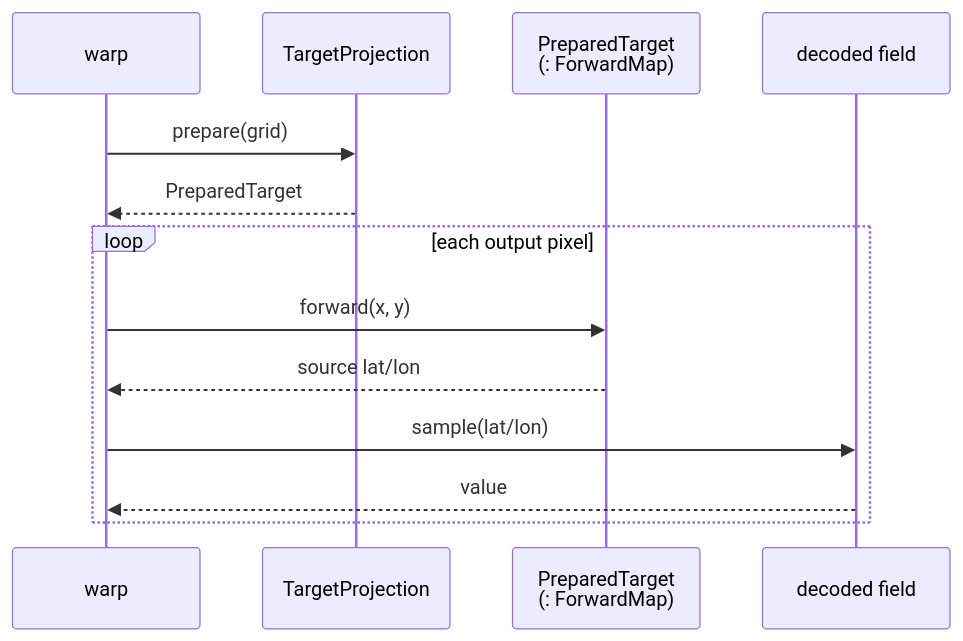
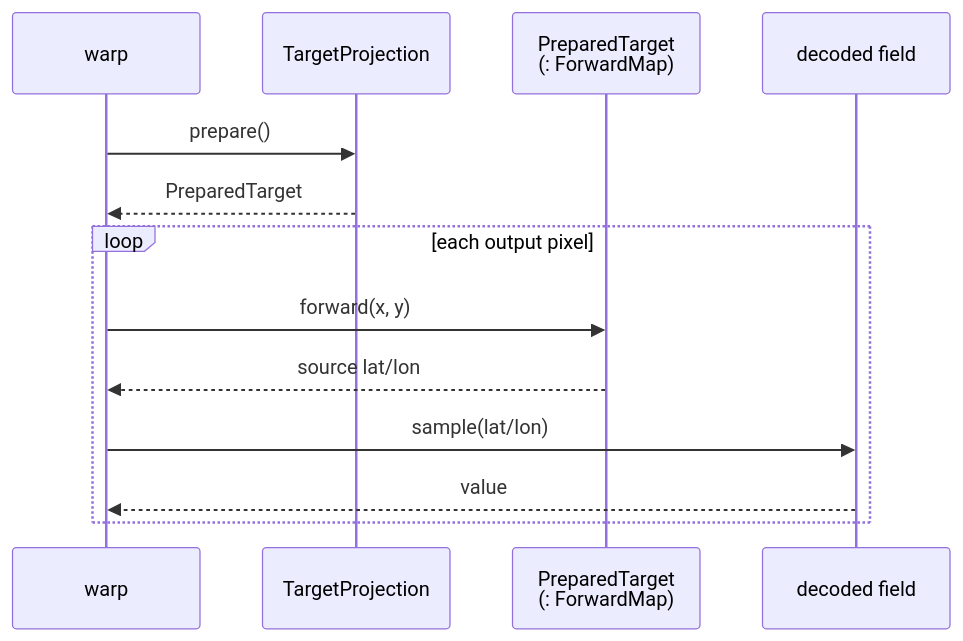
One commit to D0ubleD0uble/fieldglass changed the sixth of 6 diagrams in docs/architecture/02-trait-seams.md. Above: the diagram before and after it, drawn with Mermaid. The commit also changed other lines of this file and 28 other files, not shown here.

````diff
--- a/docs/architecture/02-trait-seams.md
+++ b/docs/architecture/02-trait-seams.md
@@ -411,15 +415,15 @@
 ```mermaid
 sequenceDiagram
     participant W as warp
     participant P as TargetProjection
     participant T as PreparedTarget<br/>(: ForwardMap)
     participant F as decoded field
-    W->>P: prepare(grid)
+    W->>P: prepare()
     P-->>W: PreparedTarget
     loop each output pixel
         W->>T: forward(x, y)
         T-->>W: source lat/lon
         W->>F: sample(lat/lon)
         F-->>W: value
     end
 ```
````
